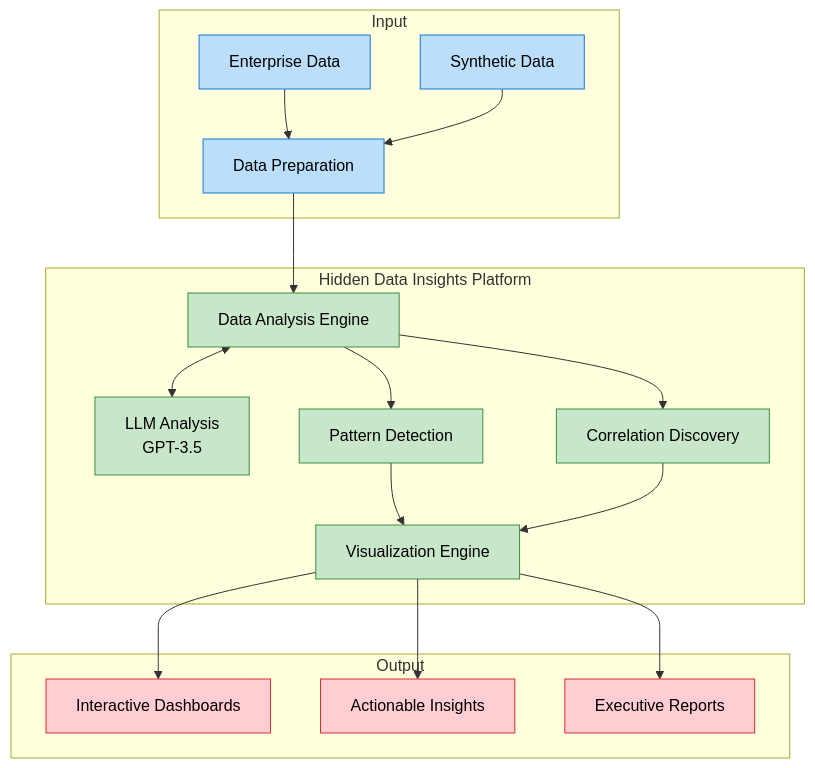
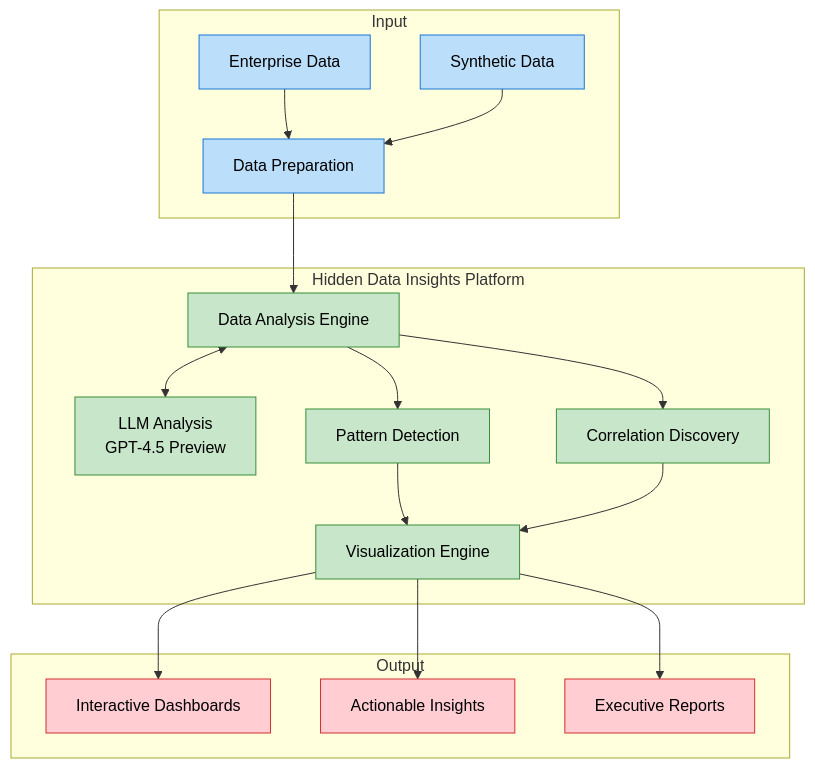
One commit to schmitech/hidden-data-insights changed the second of 2 diagrams in README.md. Above: the diagram before and after it, drawn with Mermaid. The commit also changed other lines of this file and 8 other files, not shown here.

````diff
--- a/README.md
+++ b/README.md
@@ -51,30 +51,30 @@
 ```mermaid
 flowchart TD
     subgraph Input
         A[Enterprise Data] --> B[Data Preparation]
         C[Synthetic Data] --> B
     end
     
     subgraph "Hidden Data Insights Platform"
         B --> D[Data Analysis Engine]
-        D <--> E[LLM Analysis\nGPT-3.5]
+        D <--> E[LLM Analysis\nGPT-4.5 Preview]
         D --> F[Pattern Detection]
         D --> G[Correlation Discovery]
         F --> H[Visualization Engine]
         G --> H
     end
     
     subgraph Output
         H --> I[Interactive Dashboards]
         H --> J[Actionable Insights]
         H --> K[Executive Reports]
     end
     
     classDef input fill:#BBDEFB,stroke:#1976D2,color:black;
     classDef platform fill:#C8E6C9,stroke:#388E3C,color:black;
     classDef output fill:#FFCDD2,stroke:#D32F2F,color:black;
     
     class A,B,C input;
     class D,E,F,G,H platform;
     class I,J,K output;
 ```
````
